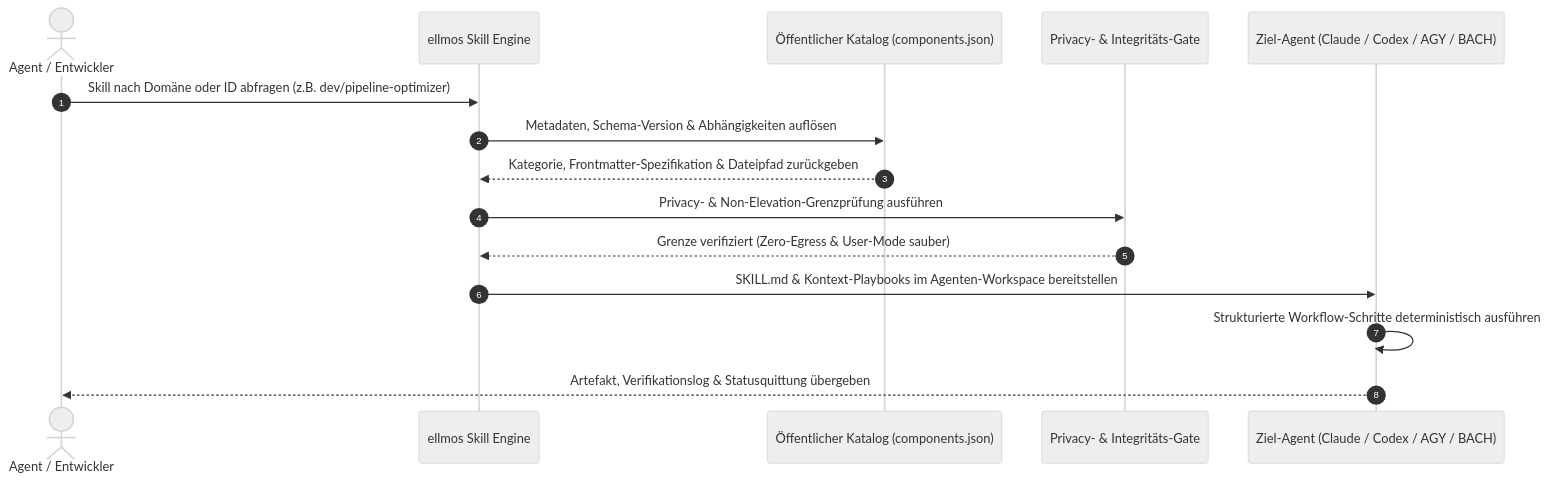
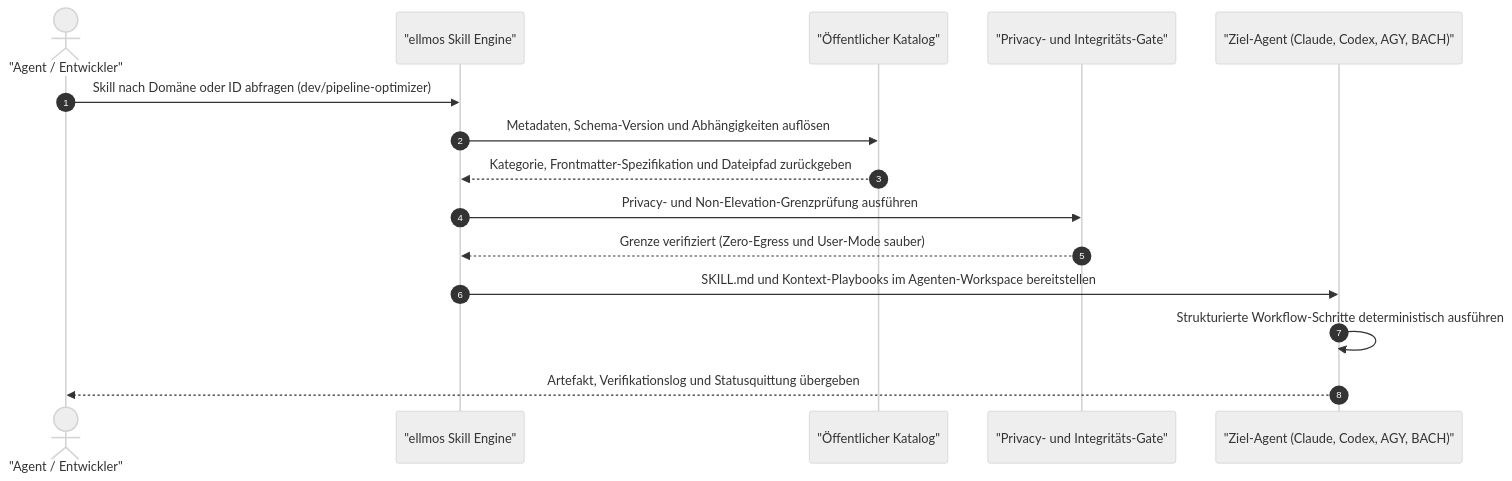
The second of 2 diagrams in README_de.md (ellmos-ai/skills), drawn with Mermaid (neutral theme) before and after one commit. The commit also changed other lines of this file and 1 other file, not shown here.

Commit message:
fix(docs): repair Mermaid diagram syntax in README and README_de

````diff
--- a/README_de.md
+++ b/README_de.md
@@ -88,18 +88,18 @@
 ```mermaid
 sequenceDiagram
     autonumber
-    actor Operator as Agent / Entwickler
-    participant Dispatcher as ellmos Skill Engine
-    participant Registry as Öffentlicher Katalog (components.json)
-    participant Gate as Privacy- & Integritäts-Gate
-    participant Runtime as Ziel-Agent (Claude / Codex / AGY / BACH)
+    actor Operator as "Agent / Entwickler"
+    participant Dispatcher as "ellmos Skill Engine"
+    participant Registry as "Öffentlicher Katalog"
+    participant Gate as "Privacy- und Integritäts-Gate"
+    participant Runtime as "Ziel-Agent (Claude, Codex, AGY, BACH)"
 
-    Operator->>Dispatcher: Skill nach Domäne oder ID abfragen (z.B. dev/pipeline-optimizer)
-    Dispatcher->>Registry: Metadaten, Schema-Version & Abhängigkeiten auflösen
-    Registry-->>Dispatcher: Kategorie, Frontmatter-Spezifikation & Dateipfad zurückgeben
-    Dispatcher->>Gate: Privacy- & Non-Elevation-Grenzprüfung ausführen
-    Gate-->>Dispatcher: Grenze verifiziert (Zero-Egress & User-Mode sauber)
-    Dispatcher->>Runtime: SKILL.md & Kontext-Playbooks im Agenten-Workspace bereitstellen
+    Operator->>Dispatcher: Skill nach Domäne oder ID abfragen (dev/pipeline-optimizer)
+    Dispatcher->>Registry: Metadaten, Schema-Version und Abhängigkeiten auflösen
+    Registry-->>Dispatcher: Kategorie, Frontmatter-Spezifikation und Dateipfad zurückgeben
+    Dispatcher->>Gate: Privacy- und Non-Elevation-Grenzprüfung ausführen
+    Gate-->>Dispatcher: Grenze verifiziert (Zero-Egress und User-Mode sauber)
+    Dispatcher->>Runtime: SKILL.md und Kontext-Playbooks im Agenten-Workspace bereitstellen
     Runtime->>Runtime: Strukturierte Workflow-Schritte deterministisch ausführen
-    Runtime-->>Operator: Artefakt, Verifikationslog & Statusquittung übergeben
+    Runtime-->>Operator: Artefakt, Verifikationslog und Statusquittung übergeben
 ```
````
